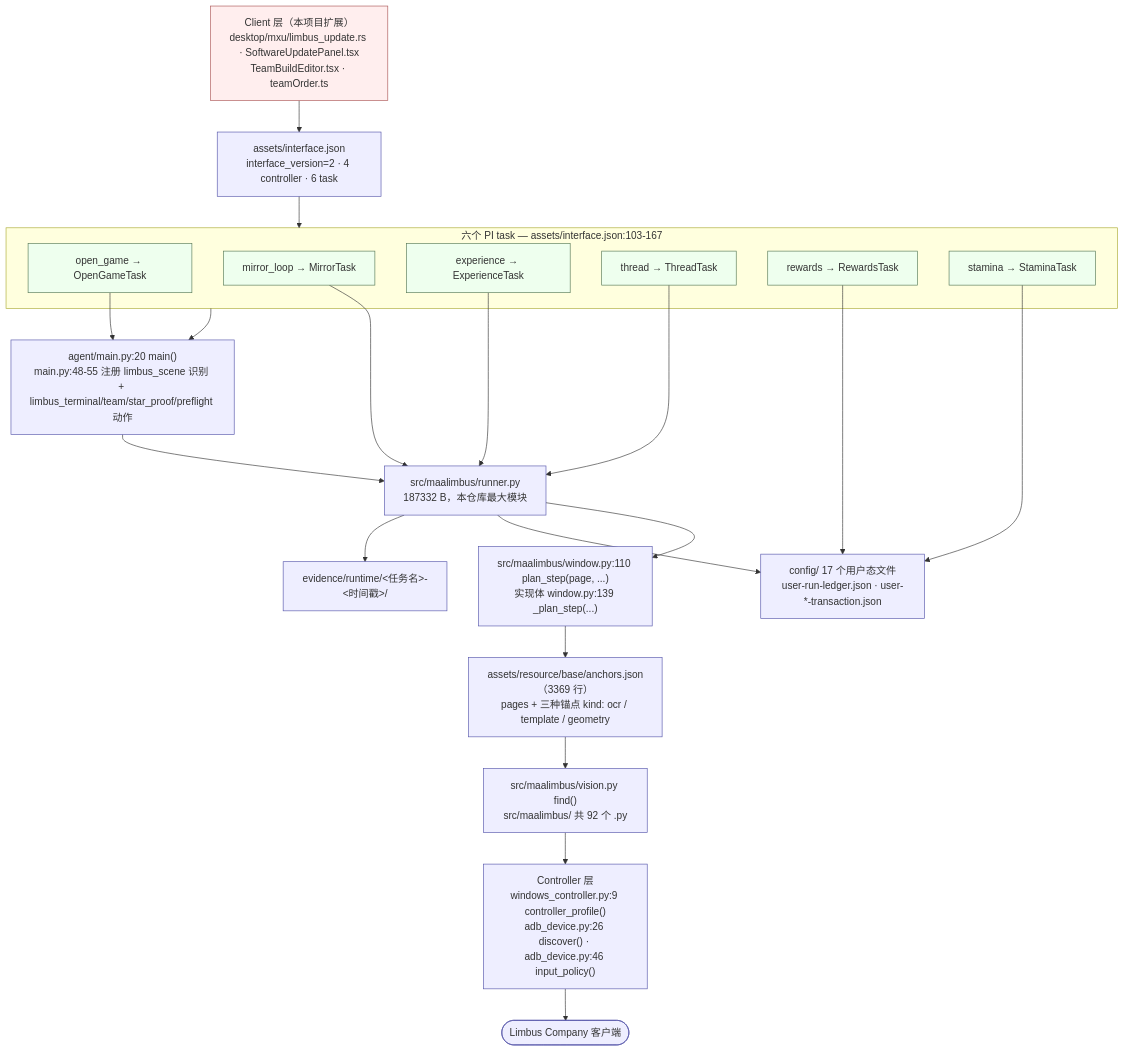
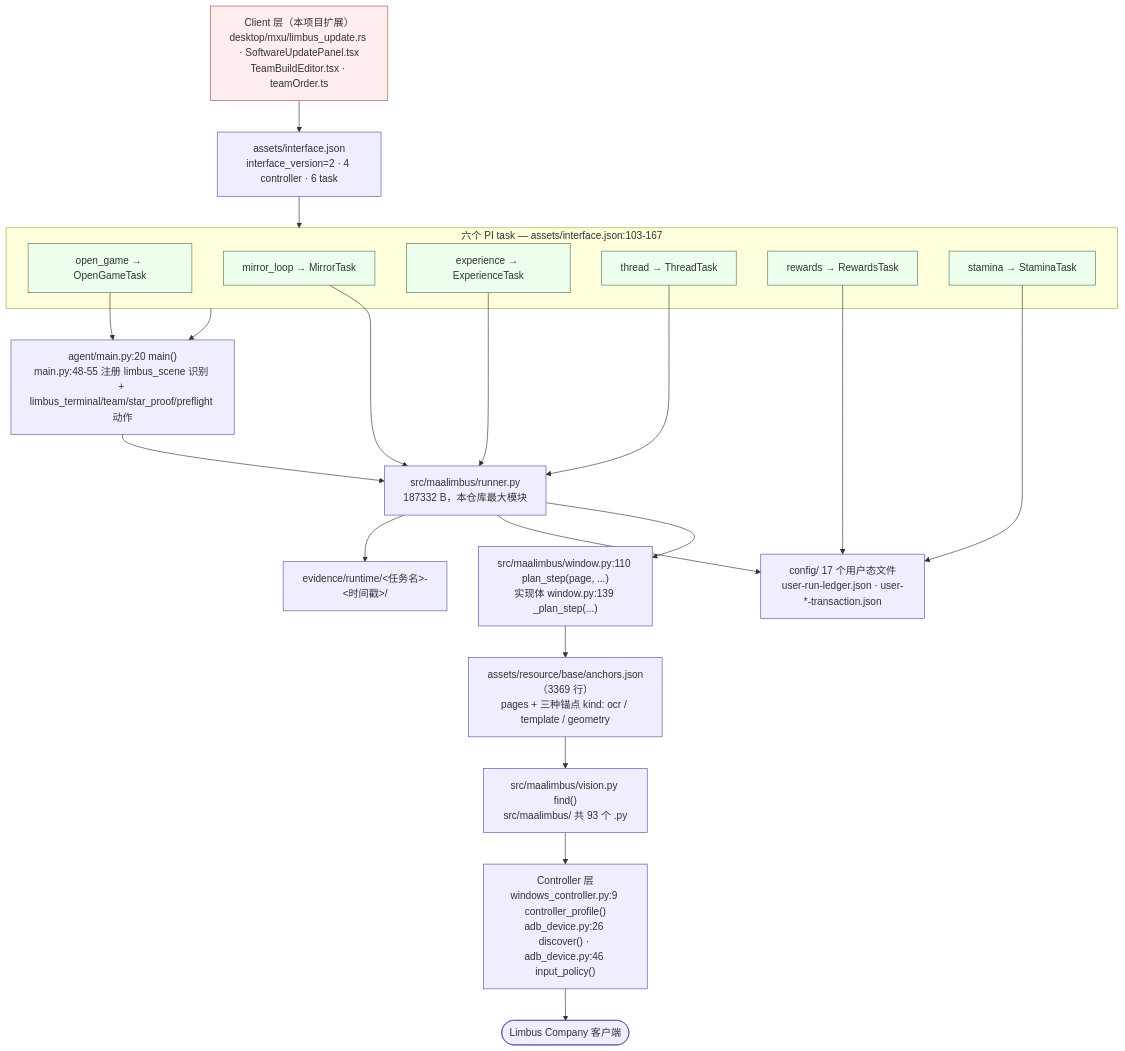
One commit to sairaisaika/MaaLimbus changed the first of 2 diagrams in docs/wiki/zh_cn/1-overview.md. Above: the diagram before and after it, drawn with Mermaid. The commit also changed other lines of this file and 28 other files, not shown here.

Commit message:
Fix entry reconciliation shadowing and document engineering diagram semantics

````diff
--- a/docs/wiki/zh_cn/1-overview.md
+++ b/docs/wiki/zh_cn/1-overview.md
@@ -58,45 +58,45 @@
 ```mermaid
 flowchart TB
   classDef ext fill:#fee,stroke:#a55
   classDef shared fill:#eef,stroke:#55a
   classDef task fill:#efe,stroke:#575
 
   subgraph TASKS["六个 PI task — assets/interface.json:103-167"]
     T1["open_game → OpenGameTask"]:::task
     T2["mirror_loop → MirrorTask"]:::task
     T3["experience → ExperienceTask"]:::task
     T4["thread → ThreadTask"]:::task
     T5["rewards → RewardsTask"]:::task
     T6["stamina → StaminaTask"]:::task
   end
 
   MXU["Client 层（本项目扩展）<br/>desktop/mxu/limbus_update.rs · SoftwareUpdatePanel.tsx<br/>TeamBuildEditor.tsx · teamOrder.ts"]:::ext
   IF["assets/interface.json<br/>interface_version=2 · 4 controller · 6 task"]:::shared
   AG["agent/main.py:20 main()<br/>main.py:48-55 注册 limbus_scene 识别 + limbus_terminal/team/star_proof/preflight 动作"]:::shared
   RUN["src/maalimbus/runner.py<br/>187332 B，本仓库最大模块"]:::shared
   PLAN["src/maalimbus/window.py:110 plan_step(page, ...)<br/>实现体 window.py:139 _plan_step(...)"]:::shared
   ANCH["assets/resource/base/anchors.json（3369 行）<br/>pages + 三种锚点 kind: ocr / template / geometry"]:::shared
-  VIS["src/maalimbus/vision.py find()<br/>src/maalimbus/ 共 92 个 .py"]:::shared
+  VIS["src/maalimbus/vision.py find()<br/>src/maalimbus/ 共 93 个 .py"]:::shared
   CTL["Controller 层<br/>windows_controller.py:9 controller_profile()<br/>adb_device.py:26 discover() · adb_device.py:46 input_policy()"]:::shared
   GAME(["Limbus Company 客户端"]):::shared
   CFG["config/ 17 个用户态文件<br/>user-run-ledger.json · user-*-transaction.json"]:::shared
   EV["evidence/runtime/&lt;任务名&gt;-&lt;时间戳&gt;/"]:::shared
 
   MXU --> IF
   IF --> TASKS
   TASKS --> AG
   T1 --> AG
   T2 --> RUN
   T3 --> RUN
   T4 --> RUN
   T5 --> CFG
   T6 --> CFG
   AG --> RUN
   RUN --> PLAN
   RUN --> CFG
   RUN --> EV
   PLAN --> ANCH
   ANCH --> VIS
   VIS --> CTL
   CTL --> GAME
 ```
````
